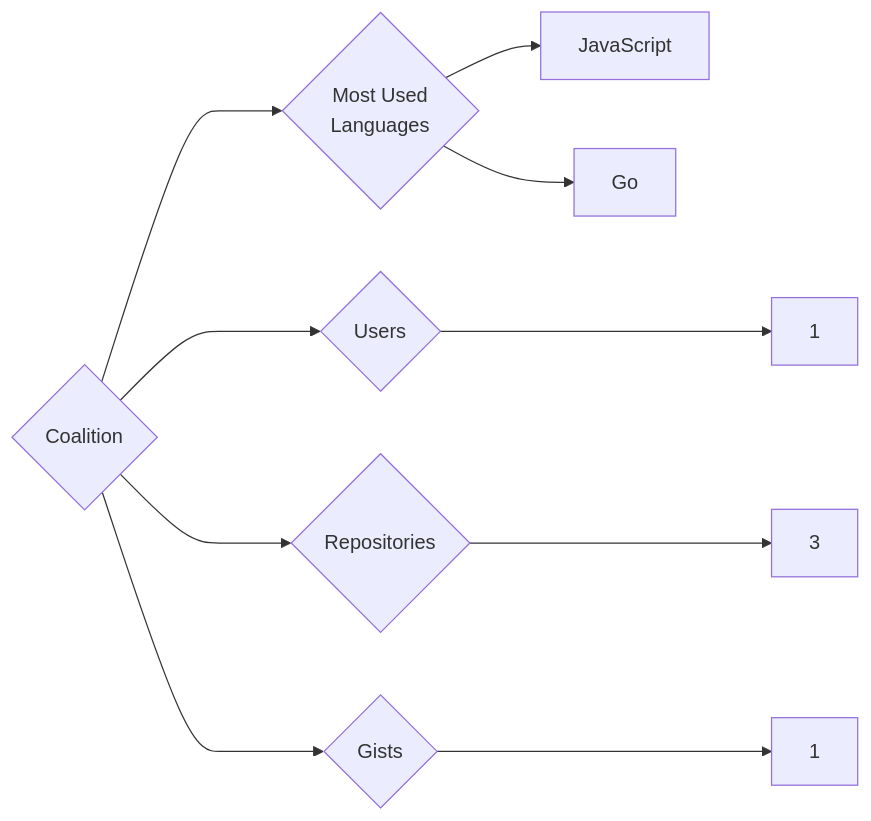
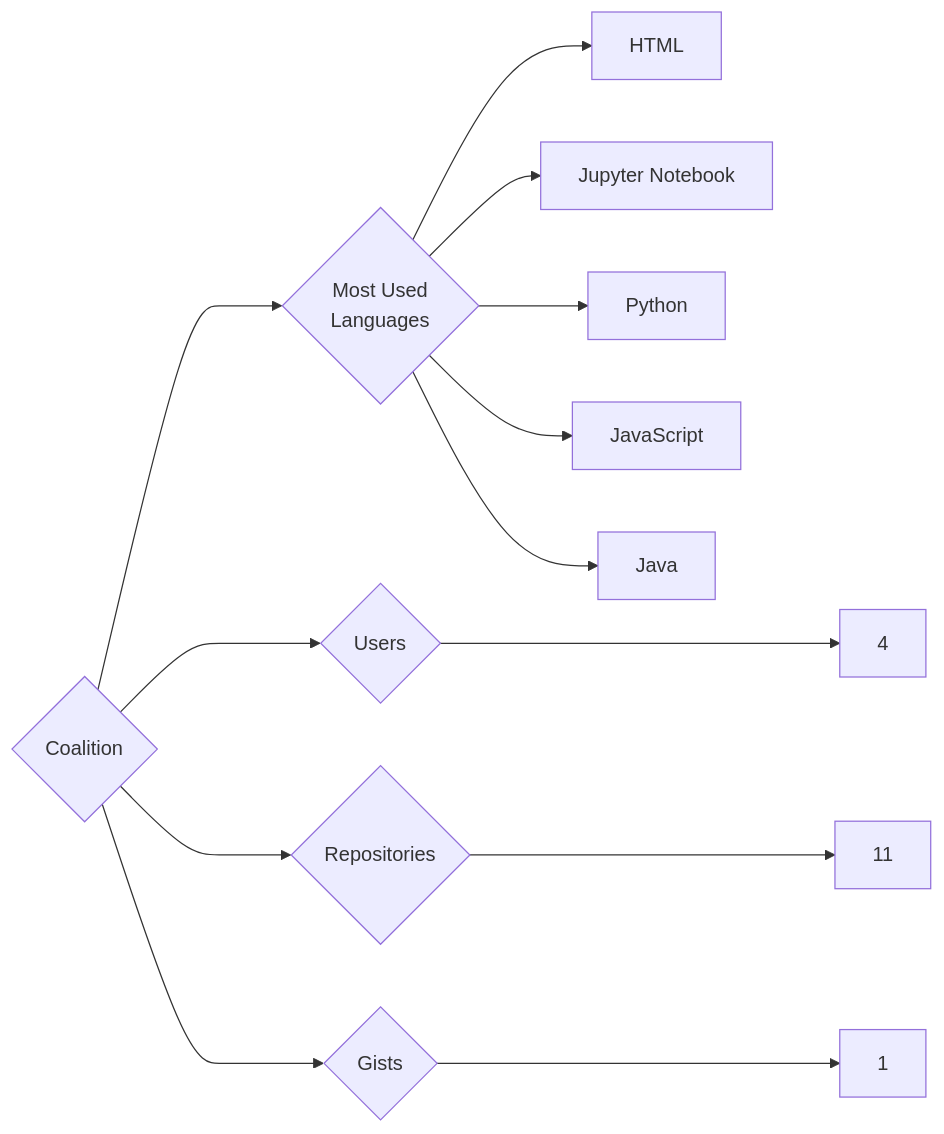
One commit to trickest/insiders changed the diagram in targets/Coalition/README.md. Above: the diagram before and after it, drawn with Mermaid. The commit also changed 953 other files, not shown here.

````diff
--- a/targets/Coalition/README.md
+++ b/targets/Coalition/README.md
@@ -3,10 +3,13 @@
 ```mermaid
 graph LR
 COMPANY_NAME{Coalition}
-COMPANY_NAME ---> U{Users} ---> UN[1]
-COMPANY_NAME ---> R{Repositories} ---> RN[3]
+COMPANY_NAME ---> U{Users} ---> UN[4]
+COMPANY_NAME ---> R{Repositories} ---> RN[11]
 COMPANY_NAME ---> G{Gists} ---> GN[1]
 COMPANY_NAME ---> ML{Most Used<br>Languages}
+ML --> HTML[HTML]
+ML --> Jupyter_Notebook[Jupyter Notebook]
+ML --> Python[Python]
 ML --> JavaScript[JavaScript]
-ML --> Go[Go]
+ML --> Java[Java]
 ```
````
